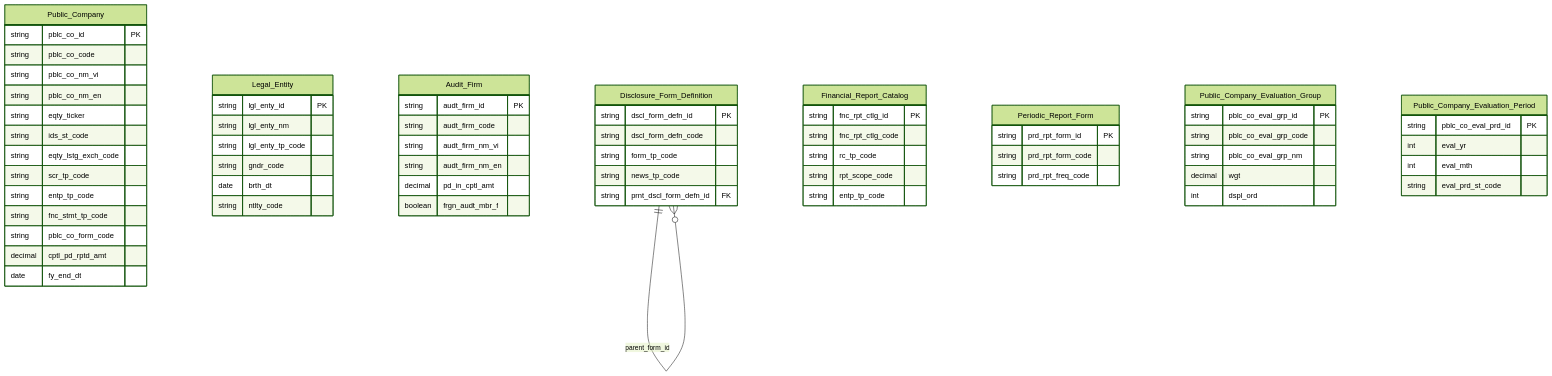
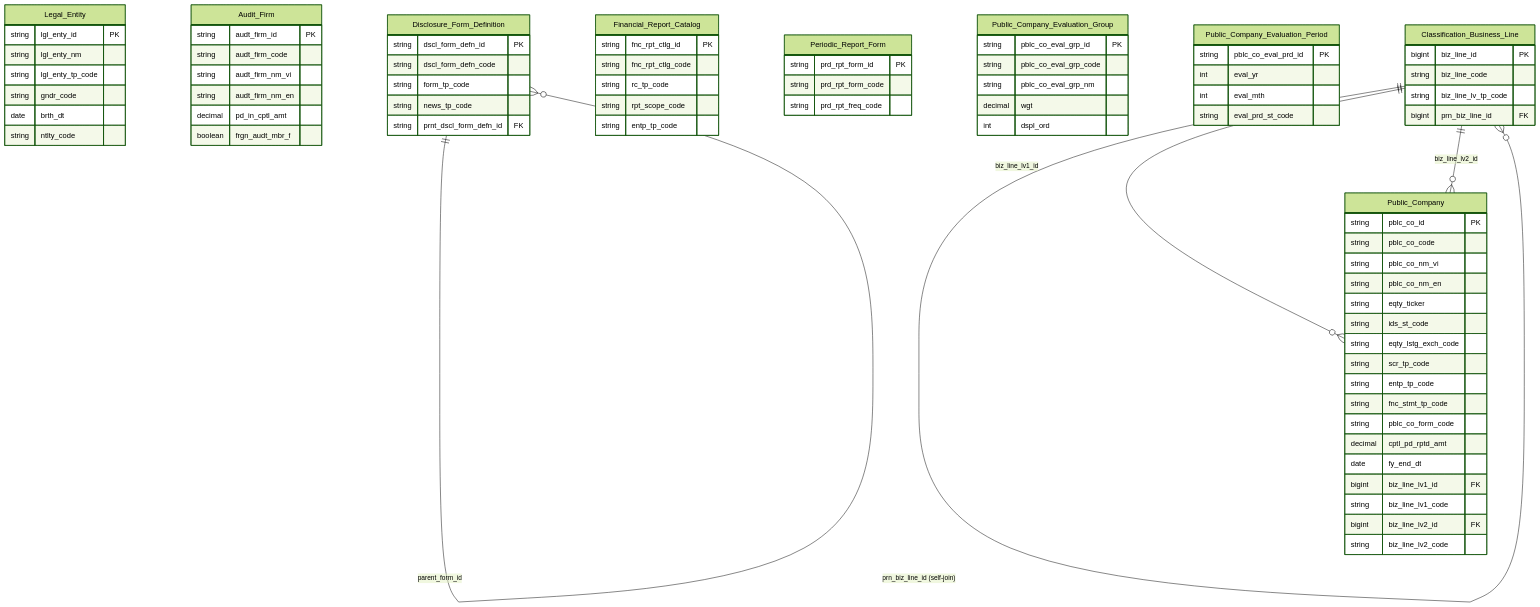
The second of 2 diagrams in DataModel/working/Atomic/hld/IDS_HLD_Tier1.md (linhlvit/ubck_atomic_design), drawn with Mermaid (forest theme) before and after one commit. The commit also changed other lines of this file and 323 other files, not shown here.

````diff
--- a/DataModel/working/Atomic/hld/IDS_HLD_Tier1.md
+++ b/DataModel/working/Atomic/hld/IDS_HLD_Tier1.md
@@ -126,6 +139,10 @@
         string pblc_co_form_code
         decimal cptl_pd_rptd_amt
         date fy_end_dt
+        bigint biz_line_lv1_id FK
+        string biz_line_lv1_code
+        bigint biz_line_lv2_id FK
+        string biz_line_lv2_code
     }
 
     Legal_Entity {
@@ -183,5 +200,15 @@
         string eval_prd_st_code
     }
 
+    Classification_Business_Line {
+        bigint biz_line_id PK
+        string biz_line_code
+        string biz_line_lv_tp_code
+        bigint prn_biz_line_id FK
+    }
+
     Disclosure_Form_Definition ||--o{ Disclosure_Form_Definition : "parent_form_id"
+    Classification_Business_Line ||--o{ Classification_Business_Line : "prn_biz_line_id (self-join)"
+    Classification_Business_Line ||--o{ Public_Company : "biz_line_lv1_id"
+    Classification_Business_Line ||--o{ Public_Company : "biz_line_lv2_id"
 ```
````
